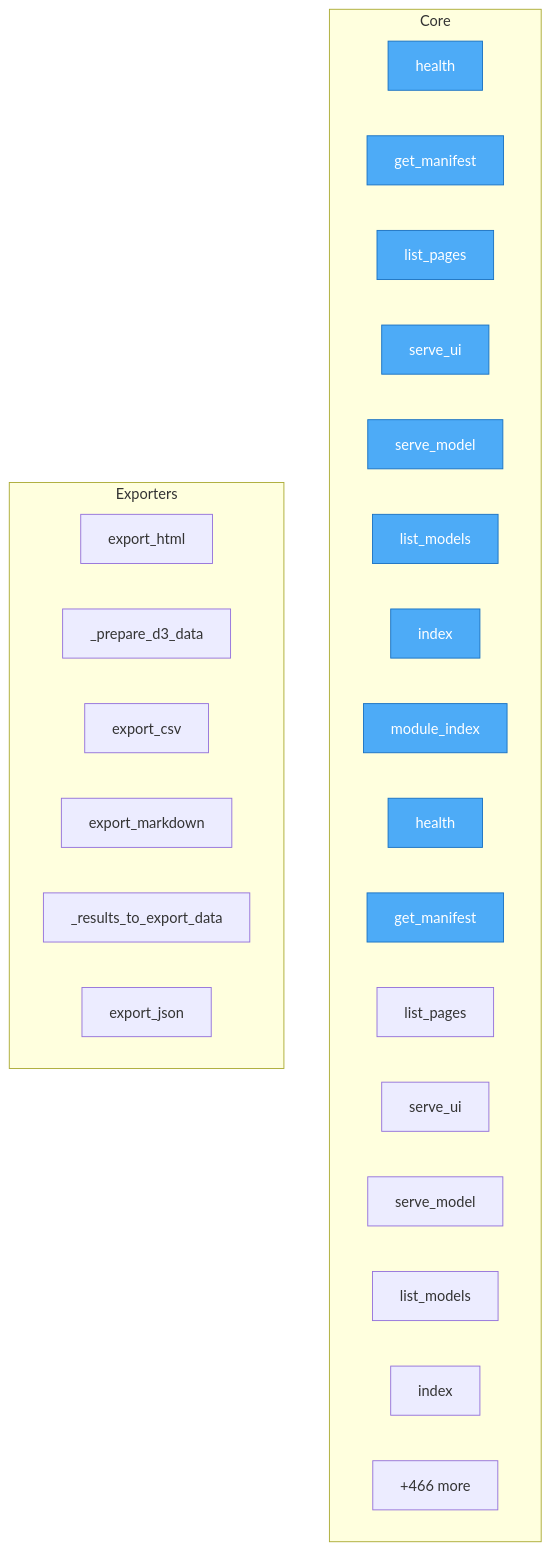
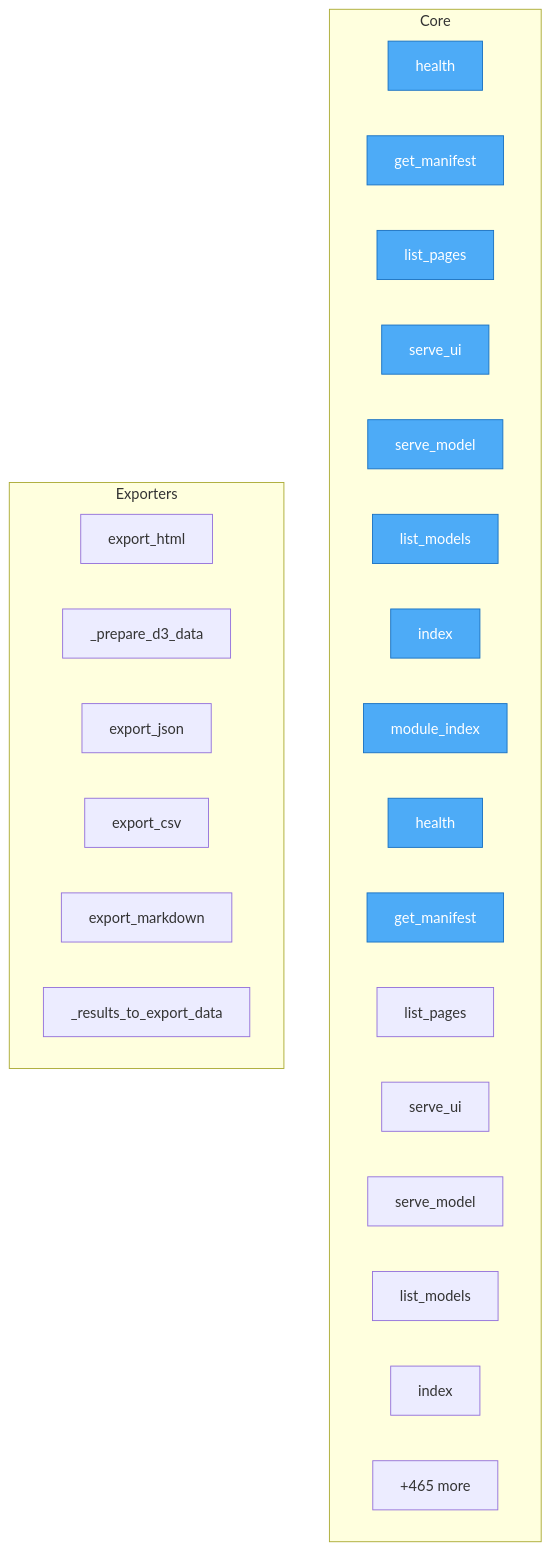
One commit to semcod/resplit changed the diagram in project/flow.mmd. Above: the diagram before and after it, drawn with Mermaid. The commit also changed 35 other files, not shown here.

```diff
--- a/project/flow.mmd
+++ b/project/flow.mmd
@@ -1,35 +1,35 @@
 flowchart TD
 %% generated in 0.01s
 
     %% Entry points (blue)
     classDef entry fill:#4dabf7,stroke:#1971c2,color:#fff
 
     subgraph Core
         restored_c2004_health__api_health__backend__modules__connect_config_network__api__main__health["health"]
         restored_c2004_health__api_health__backend__modules__connect_config_network__api__main__get_manifest["get_manifest"]
         restored_c2004_health__api_health__backend__modules__connect_config_network__api__main__list_pages["list_pages"]
         restored_c2004_health__api_health__backend__modules__connect_config_network__api__main__serve_ui["serve_ui"]
         restored_c2004_health__api_health__backend__modules__connect_config_network__api__main__serve_model["serve_model"]
         restored_c2004_health__api_health__backend__modules__connect_config_network__api__main__list_models["list_models"]
         restored_c2004_health__api_health__backend__modules__connect_config_network__api__main__index["index"]
         restored_c2004_health__api_health__backend__modules__connect_config_network__api__main__module_index["module_index"]
         restored_c2004_health__api_health__backend__modules__connect_id_user_list__api__main__health["health"]
         restored_c2004_health__api_health__backend__modules__connect_id_user_list__api__main__get_manifest["get_manifest"]
         restored_c2004_health__api_health__backend__modules__connect_id_user_list__api__main__list_pages["list_pages"]
         restored_c2004_health__api_health__backend__modules__connect_id_user_list__api__main__serve_ui["serve_ui"]
         restored_c2004_health__api_health__backend__modules__connect_id_user_list__api__main__serve_model["serve_model"]
         restored_c2004_health__api_health__backend__modules__connect_id_user_list__api__main__list_models["list_models"]
         restored_c2004_health__api_health__backend__modules__connect_id_user_list__api__main__index["index"]
-        ...["+466 more"]
+        ...["+465 more"]
     end
 
     subgraph Exporters
         rebuild__analysis__graph_exporter__GraphExporter__export_html["export_html"]
         rebuild__analysis__graph_exporter__GraphExporter___prepare_d3_data["_prepare_d3_data"]
+        rebuild__analysis__service_graph__MultiRepoAnalyzer__export_json["export_json"]
         rebuild__application__services__reporting__reporter__ReporterService__export_csv["export_csv"]
         rebuild__application__services__reporting__reporter__ReporterService__export_markdown["export_markdown"]
         rebuild__application__services__reporting__reporter__ReporterService___results_to_export_data["_results_to_export_data"]
-        rebuild__analysis__service_graph__MultiRepoAnalyzer__export_json["export_json"]
     end
 
     class restored_c2004_health__api_health__backend__modules__connect_config_network__api__main__health,restored_c2004_health__api_health__backend__modules__connect_config_network__api__main__get_manifest,restored_c2004_health__api_health__backend__modules__connect_config_network__api__main__list_pages,restored_c2004_health__api_health__backend__modules__connect_config_network__api__main__serve_ui,restored_c2004_health__api_health__backend__modules__connect_config_network__api__main__serve_model,restored_c2004_health__api_health__backend__modules__connect_config_network__api__main__list_models,restored_c2004_health__api_health__backend__modules__connect_config_network__api__main__index,restored_c2004_health__api_health__backend__modules__connect_config_network__api__main__module_index,restored_c2004_health__api_health__backend__modules__connect_id_user_list__api__main__health,restored_c2004_health__api_health__backend__modules__connect_id_user_list__api__main__get_manifest entry
```
